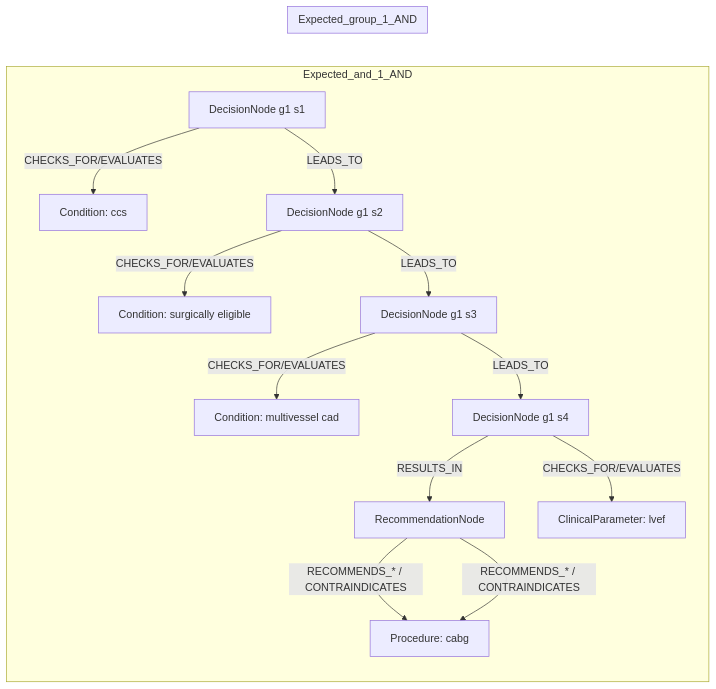
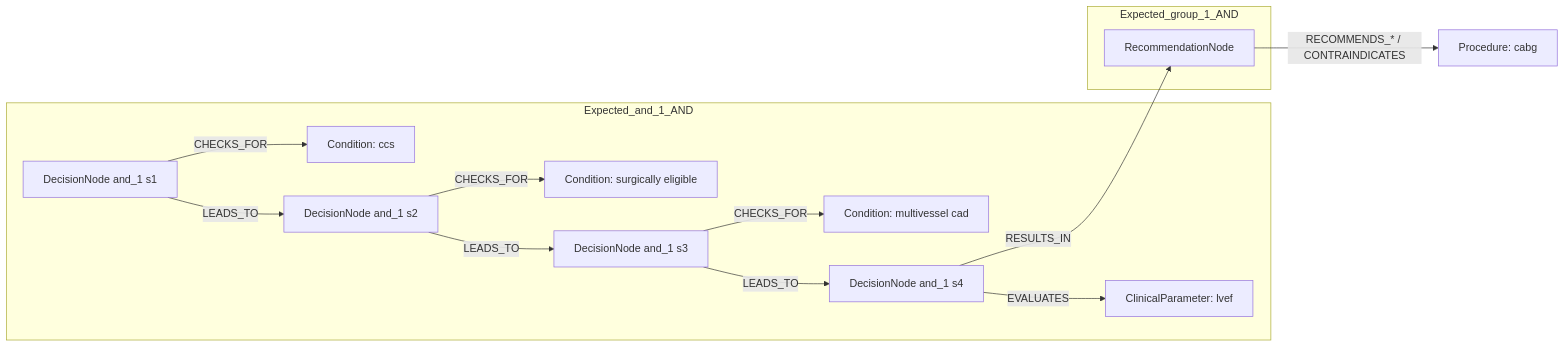
One commit to dieterich-lab/CardioGuidelinesGraph changed the first of 2 diagrams in docs/table22_rows/row_10.md. Above: the diagram before and after it, drawn with Mermaid. The commit also changed other lines of this file and 18 other files, not shown here.

Commit message:
Update mermaid diagrams.

````diff
--- a/docs/table22_rows/row_10.md
+++ b/docs/table22_rows/row_10.md
@@ -193,30 +193,27 @@
 ```mermaid
 graph LR
+  REC[RecommendationNode]
+  ACT1[Procedure: cabg]
+  REC -->|RECOMMENDS_* / CONTRAINDICATES| ACT1
   subgraph Expected_and_1_AND
-    REC[RecommendationNode]
-    D1[DecisionNode g1 s1]
-    C1[Condition: ccs]
-    D1 -->|CHECKS_FOR/EVALUATES| C1
-    D2[DecisionNode g1 s2]
-    C2[Condition: surgically eligible]
-    D2 -->|CHECKS_FOR/EVALUATES| C2
-    D3[DecisionNode g1 s3]
-    C3[Condition: multivessel cad]
-    D3 -->|CHECKS_FOR/EVALUATES| C3
-    D4[DecisionNode g1 s4]
-    C4[ClinicalParameter: lvef]
-    D4 -->|CHECKS_FOR/EVALUATES| C4
-    D1 -->|LEADS_TO| D2
-    D2 -->|LEADS_TO| D3
-    D3 -->|LEADS_TO| D4
-    D4 -->|RESULTS_IN| REC
-    ACT1[Procedure: cabg]
-    REC -->|RECOMMENDS_* / CONTRAINDICATES| ACT1
+    D_and_1_1[DecisionNode and_1 s1]
+    C_and_1_1[Condition: ccs]
+    D_and_1_1 -->|CHECKS_FOR| C_and_1_1
+    D_and_1_2[DecisionNode and_1 s2]
+    C_and_1_2[Condition: surgically eligible]
+    D_and_1_2 -->|CHECKS_FOR| C_and_1_2
+    D_and_1_3[DecisionNode and_1 s3]
+    C_and_1_3[Condition: multivessel cad]
+    D_and_1_3 -->|CHECKS_FOR| C_and_1_3
+    D_and_1_4[DecisionNode and_1 s4]
+    C_and_1_4[ClinicalParameter: lvef]
+    D_and_1_4 -->|EVALUATES| C_and_1_4
+    D_and_1_1 -->|LEADS_TO| D_and_1_2
+    D_and_1_2 -->|LEADS_TO| D_and_1_3
+    D_and_1_3 -->|LEADS_TO| D_and_1_4
   end
   subgraph Expected_group_1_AND
-    REC[RecommendationNode]
     REC
-    ACT1[Procedure: cabg]
-    REC -->|RECOMMENDS_* / CONTRAINDICATES| ACT1
   end
+  D_and_1_4 -->|RESULTS_IN| REC
 ```
````
